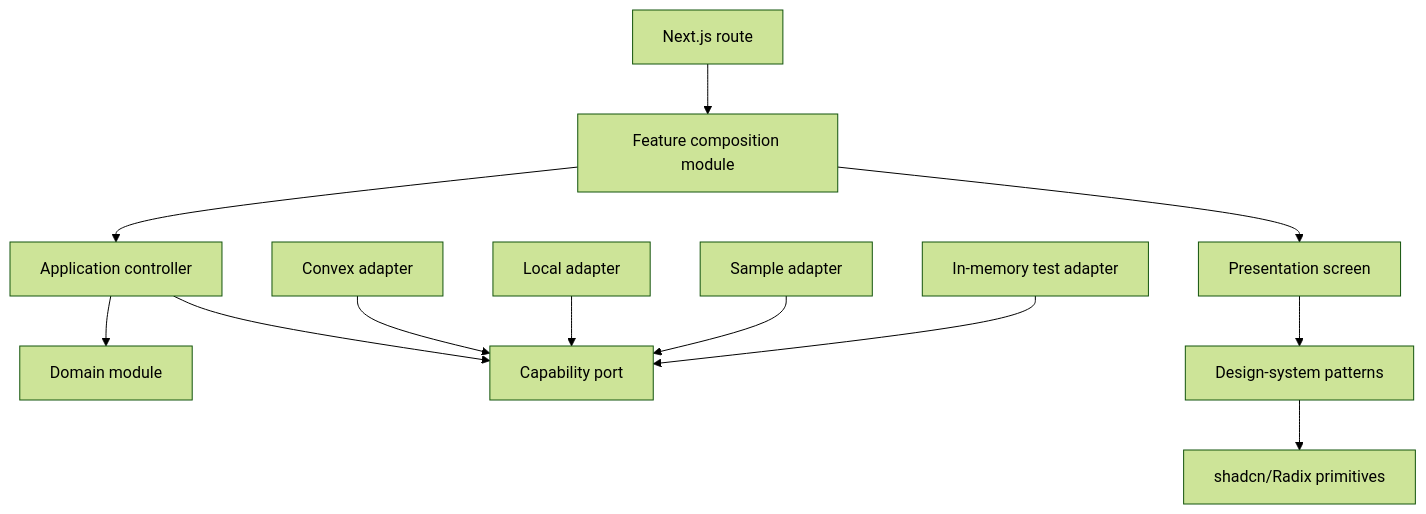
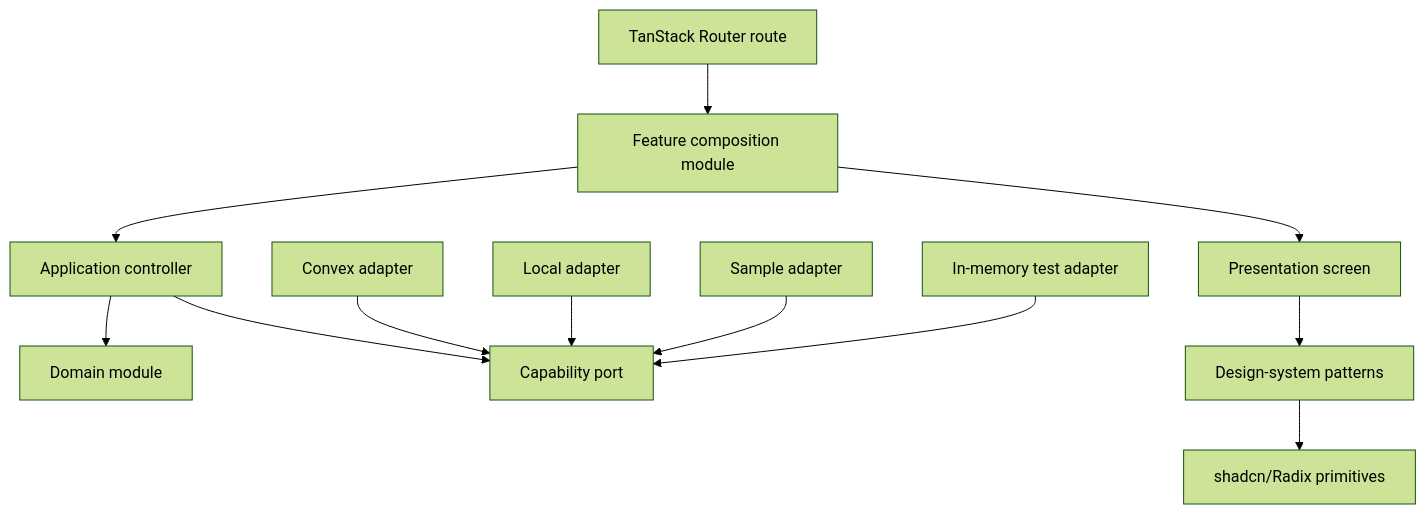
The diagram in docs/architecture/design-system-application-convex-seams.md (screen-gd/Relay), drawn with Mermaid (forest theme) before and after one commit. The commit also changed other lines of this file and 136 other files, not shown here.

First line of the commit message:
Port every route, test and doc to TanStack Start

````diff
--- a/docs/architecture/design-system-application-convex-seams.md
+++ b/docs/architecture/design-system-application-convex-seams.md
@@ -242,27 +242,27 @@
 ```mermaid
 flowchart TD
-  Route["Next.js route"]
+  Route["TanStack Router route"]
   Feature["Feature composition module"]
   Controller["Application controller"]
   Domain["Domain module"]
   Port["Capability port"]
   Convex["Convex adapter"]
   Local["Local adapter"]
   Sample["Sample adapter"]
   Memory["In-memory test adapter"]
   Screen["Presentation screen"]
   Patterns["Design-system patterns"]
   Primitives["shadcn/Radix primitives"]
 
   Route --> Feature
   Feature --> Controller
   Feature --> Screen
   Controller --> Domain
   Controller --> Port
   Screen --> Patterns
   Patterns --> Primitives
   Convex --> Port
   Local --> Port
   Sample --> Port
   Memory --> Port
 ```
````
